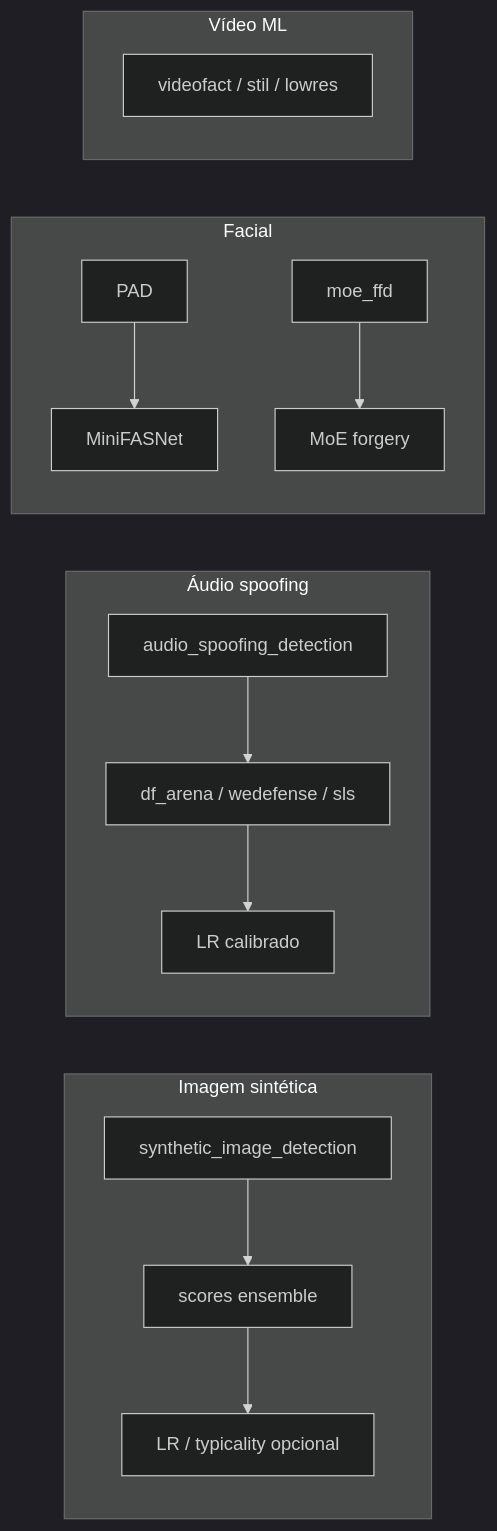
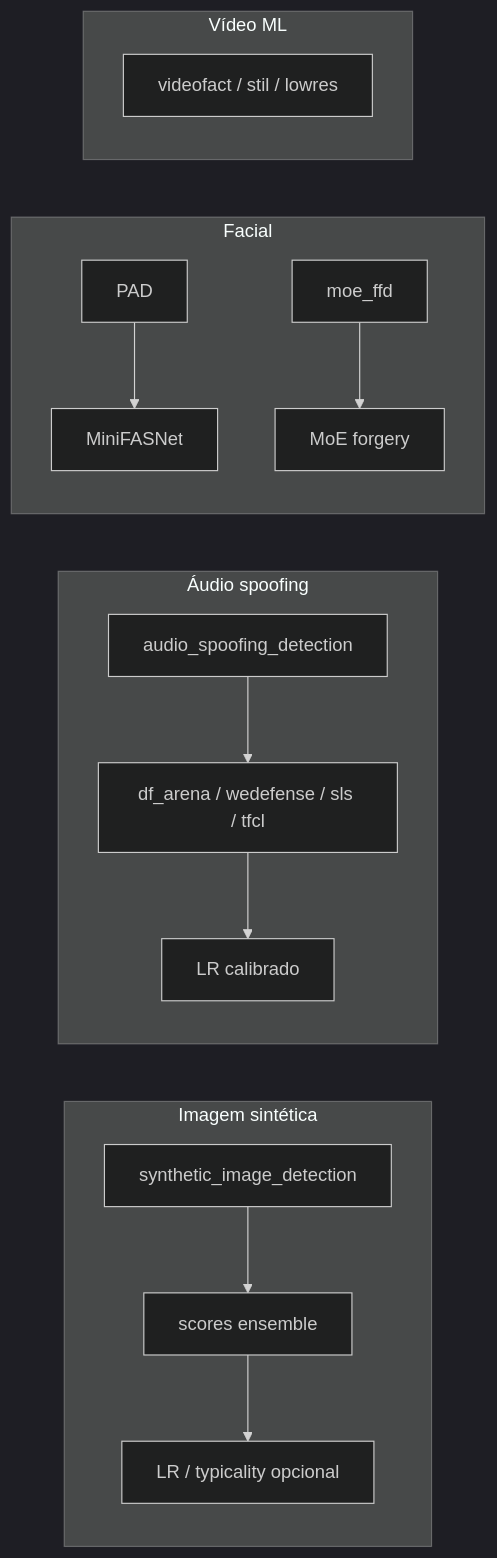
The diagram in docs/09-ml-e-artefatos.md (peritopaulomax/ForensicAuth), drawn with Mermaid (dark theme) before and after one commit. The commit also changed other lines of this file and 137 other files, not shown here.

First line of the commit message:
Ship TFCL spoofing, video orientation, and production runtime hardening.

````diff
--- a/docs/09-ml-e-artefatos.md
+++ b/docs/09-ml-e-artefatos.md
@@ -19,18 +19,18 @@
 ```mermaid
 flowchart LR
   subgraph Synth[Imagem sintética]
     S1[synthetic_image_detection] --> S2[scores ensemble]
     S2 --> S3[LR / typicality opcional]
   end
   subgraph Audio[Áudio spoofing]
-    A1[audio_spoofing_detection] --> A2[df_arena / wedefense / sls]
+    A1[audio_spoofing_detection] --> A2[df_arena / wedefense / sls / tfcl]
     A2 --> A3[LR calibrado]
   end
   subgraph Face[Facial]
     F1[PAD] --> F2[MiniFASNet]
     F3[moe_ffd] --> F4[MoE forgery]
   end
   subgraph Video[Vídeo ML]
     V1[videofact / stil / lowres]
   end
 ```
````
